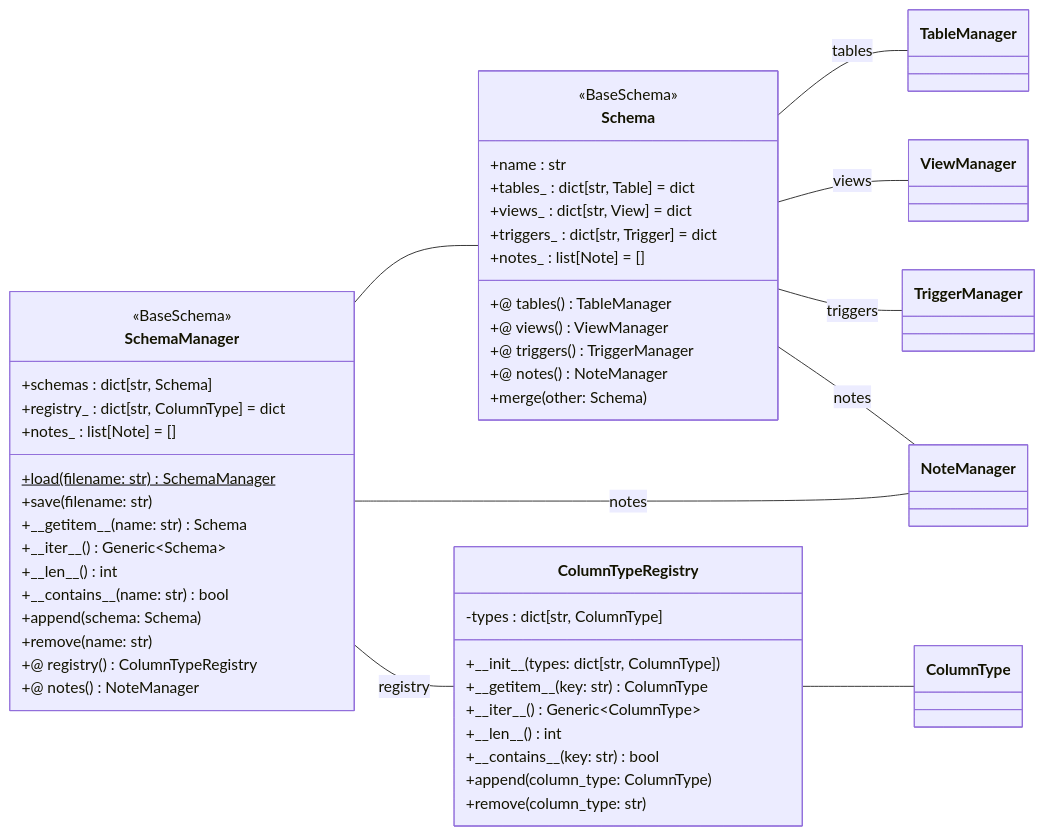
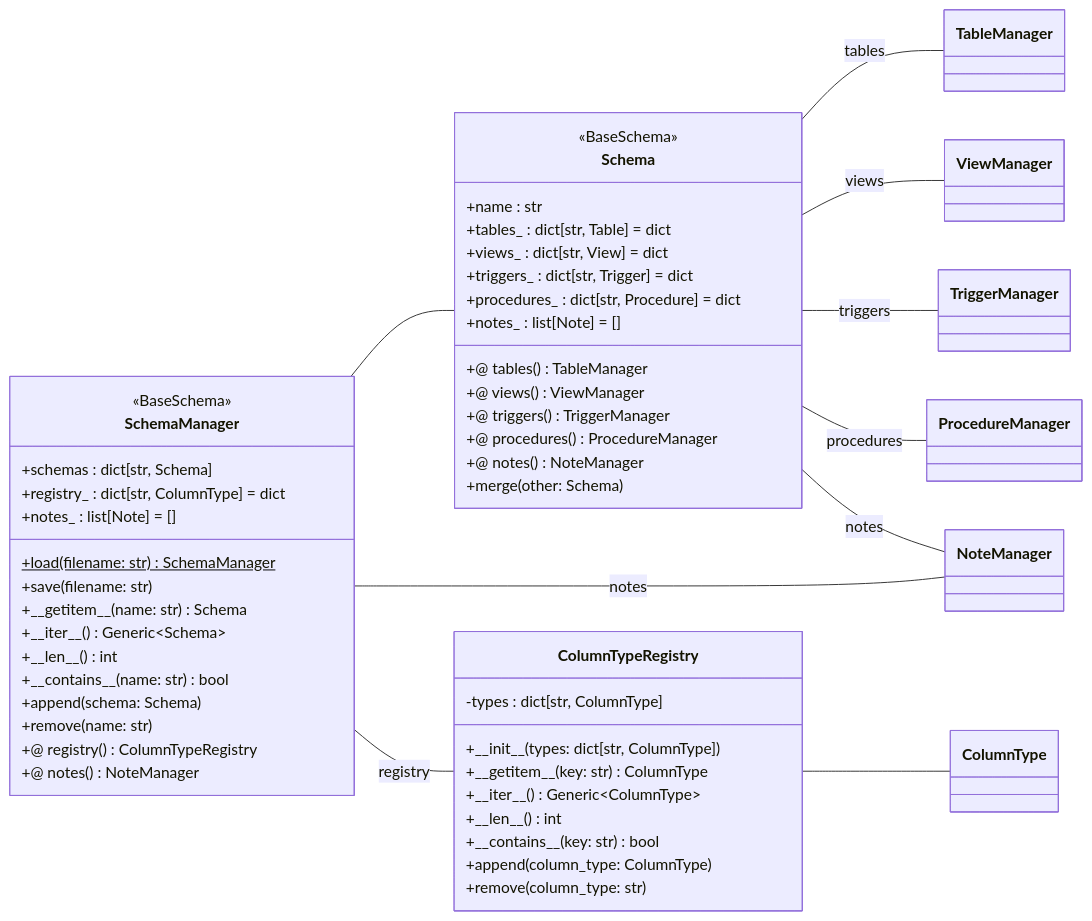
One commit to tamuto/dbgear changed the first of 7 diagrams in docs/spec_schema.md. Above: the diagram before and after it, drawn with Mermaid. The commit also changed 4 other files, not shown here.

````diff
--- a/docs/spec_schema.md
+++ b/docs/spec_schema.md
@@ -32,67 +32,70 @@
 ```mermaid
 classDiagram
     direction LR
 
     class ColumnTypeRegistry {
         -types : dict[str, ColumnType]
 
         +\_\_init__(types: dict[str, ColumnType])
         +\_\_getitem__(key: str) ColumnType
         +\_\_iter__() Generic~ColumnType~
         +\_\_len__() int
         +\_\_contains__(key: str) bool
 
         +append(column_type: ColumnType)
         +remove(column_type: str)
     }
 
     ColumnTypeRegistry -- ColumnType
 
     class Schema {
         <<BaseSchema>>
         +name : str
         +tables_ : dict[str, Table] = dict
         +views_ : dict[str, View] = dict
         +triggers_ : dict[str, Trigger] = dict
+        +procedures_ : dict[str, Procedure] = dict
         +notes_ : list[Note] = []
 
         +@ tables() TableManager
         +@ views() ViewManager
         +@ triggers() TriggerManager
+        +@ procedures() ProcedureManager
         +@ notes() NoteManager
 
         +merge(other: Schema)
     }
 
     Schema -- TableManager : tables
     Schema -- ViewManager : views
     Schema -- TriggerManager : triggers
+    Schema -- ProcedureManager : procedures
     Schema -- NoteManager : notes
 
     class SchemaManager {
         <<BaseSchema>>
         +schemas : dict[str, Schema]
         +registry_ : dict[str, ColumnType] = dict
         +notes_ : list[Note] = []
 
         +load(filename: str) SchemaManager$
         +save(filename: str)
 
         +\_\_getitem__(name: str) Schema
         +\_\_iter__() Generic~Schema~
         +\_\_len__() int
         +\_\_contains__(name: str) bool
 
         +append(schema: Schema)
         +remove(name: str)
 
         +@ registry() ColumnTypeRegistry
         +@ notes() NoteManager
     }
 
     SchemaManager -- Schema
     SchemaManager -- ColumnTypeRegistry : registry
     SchemaManager -- NoteManager : notes
 
 
 ```
````
